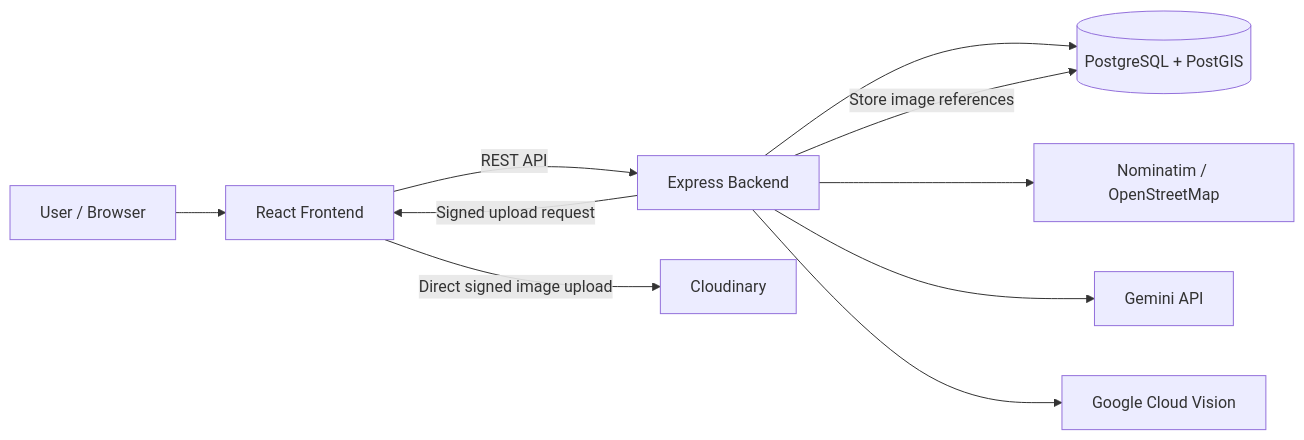
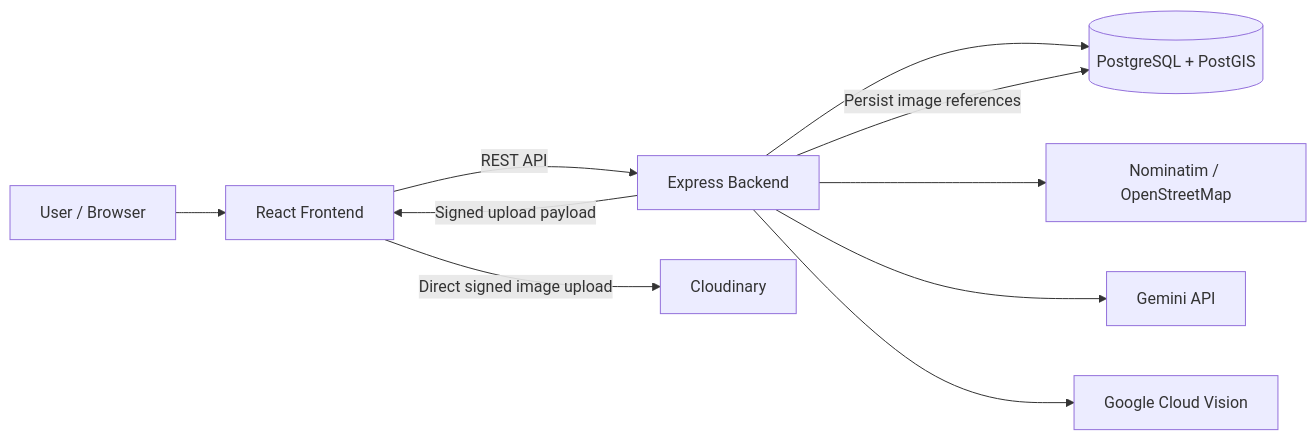
One commit to antoniamitu/travel-journal changed the diagram in README.md. Above: the diagram before and after it, drawn with Mermaid. The commit also changed other lines of this file, not shown here.

````diff
--- a/README.md
+++ b/README.md
@@ -29,21 +67,21 @@
 ```mermaid
 flowchart LR
     U[User / Browser]
     FE[React Frontend]
     BE[Express Backend]
     DB[(PostgreSQL + PostGIS)]
     N[Nominatim / OpenStreetMap]
     G[Gemini API]
     V[Google Cloud Vision]
     C[Cloudinary]
 
     U --> FE
     FE -->|REST API| BE
     BE --> DB
     BE --> N
     BE --> G
     BE --> V
-    BE -->|Signed upload request| FE
+    BE -->|Signed upload payload| FE
     FE -->|Direct signed image upload| C
-    BE -->|Store image references| DB
+    BE -->|Persist image references| DB
 ```
````
